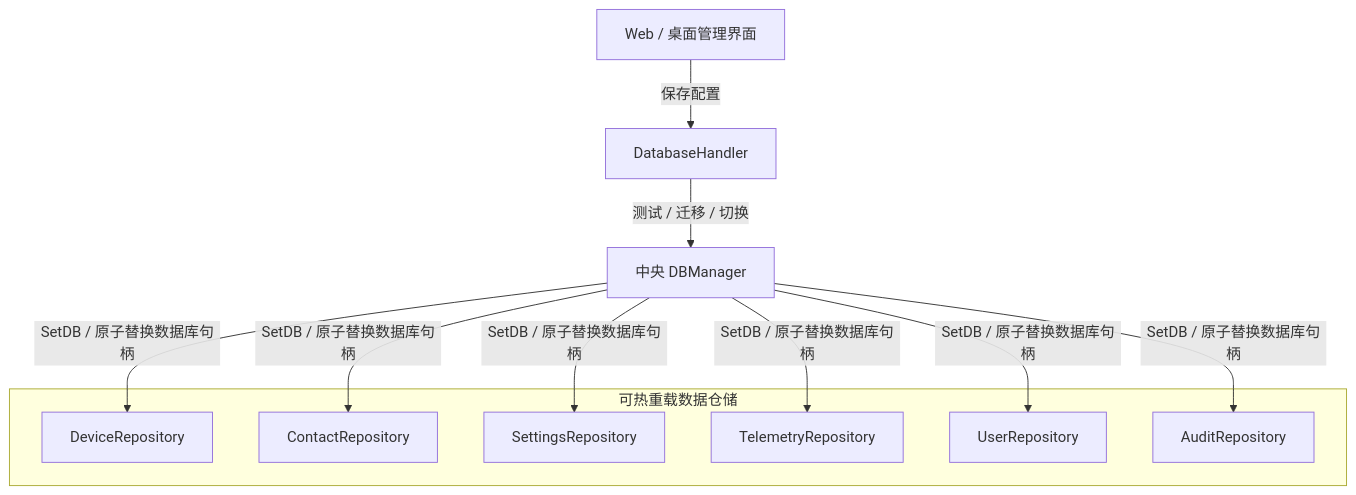
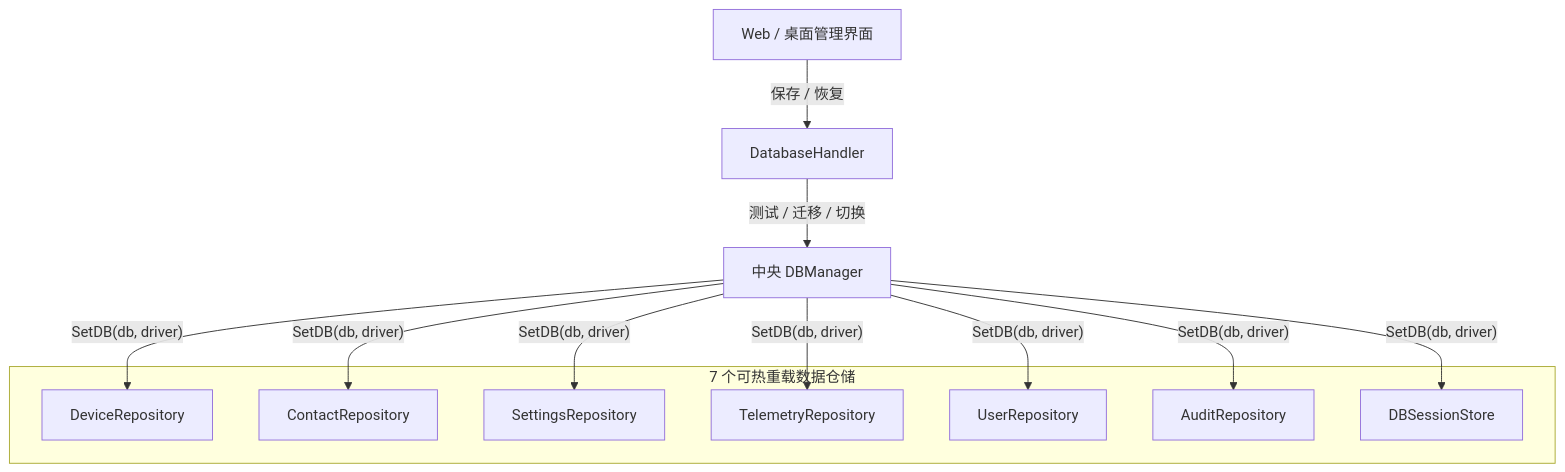
One commit to Noxfort-Systems-Brazil/MONITOR changed the diagram in docs/zh/database.md. Above: the diagram before and after it, drawn with Mermaid. The commit also changed other lines of this file and 186 other files, not shown here.

````diff
--- a/docs/zh/database.md
+++ b/docs/zh/database.md
@@ -27,21 +25,23 @@
 ```mermaid
 graph TD
-    UI[Web / 桌面管理界面] -->|保存配置| DBHandler[DatabaseHandler]
+    UI[Web / 桌面管理界面] -->|保存 / 恢复| DBHandler[DatabaseHandler]
     DBHandler -->|测试 / 迁移 / 切换| DBManager[中央 DBManager]
-    
-    subgraph "可热重载数据仓储"
+
+    subgraph "7 个可热重载数据仓储"
         DeviceRepo[DeviceRepository]
         ContactRepo[ContactRepository]
         SettingsRepo[SettingsRepository]
         TelemetryRepo[TelemetryRepository]
         UserRepo[UserRepository]
         AuditRepo[AuditRepository]
+        SessionStore[DBSessionStore]
     end
-    
-    DBManager -->|SetDB / 原子替换数据库句柄| DeviceRepo
-    DBManager -->|SetDB / 原子替换数据库句柄| ContactRepo
-    DBManager -->|SetDB / 原子替换数据库句柄| SettingsRepo
-    DBManager -->|SetDB / 原子替换数据库句柄| TelemetryRepo
-    DBManager -->|SetDB / 原子替换数据库句柄| UserRepo
-    DBManager -->|SetDB / 原子替换数据库句柄| AuditRepo
+
+    DBManager -->|"SetDB(db, driver)"| DeviceRepo
+    DBManager -->|"SetDB(db, driver)"| ContactRepo
+    DBManager -->|"SetDB(db, driver)"| SettingsRepo
+    DBManager -->|"SetDB(db, driver)"| TelemetryRepo
+    DBManager -->|"SetDB(db, driver)"| UserRepo
+    DBManager -->|"SetDB(db, driver)"| AuditRepo
+    DBManager -->|"SetDB(db, driver)"| SessionStore
 ```
````
